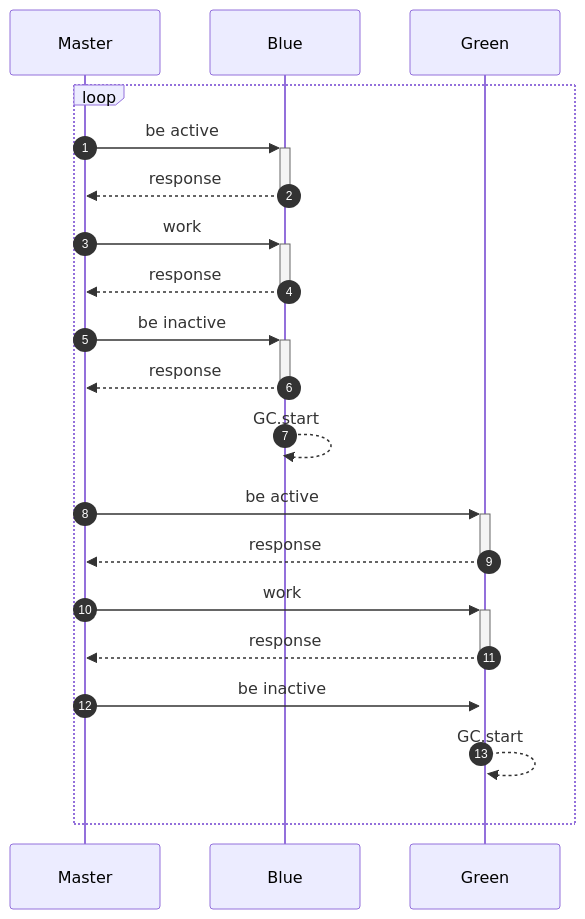
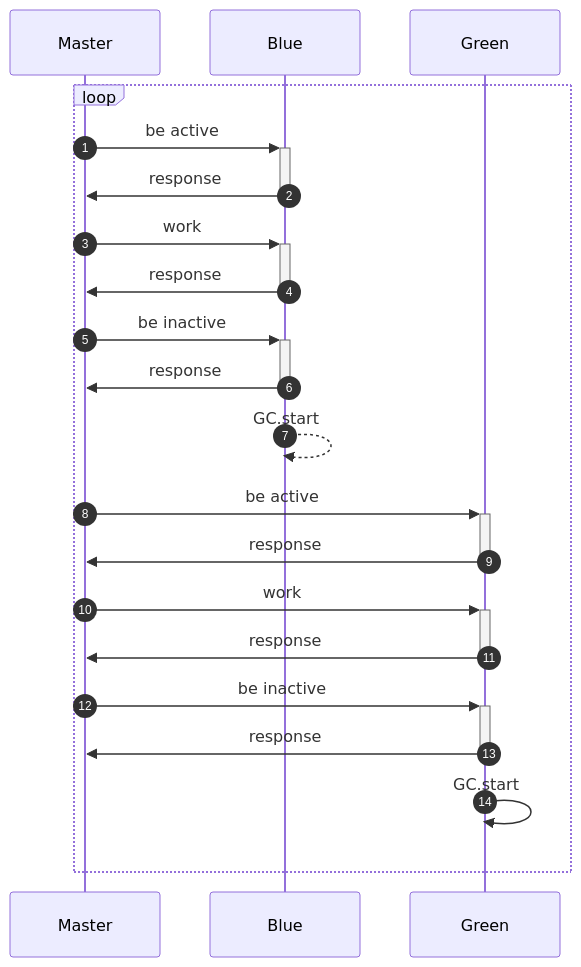
One commit to splaplapla/blue_green_process changed the diagram in README.md. Above: the diagram before and after it, drawn with Mermaid.

````diff
--- a/README.md
+++ b/README.md
@@ -5,20 +5,21 @@
 ```mermaid
 sequenceDiagram
   autonumber
   loop
   Master->>+Blue: be active
-  Blue-->>-Master: response
+  Blue->>-Master: response
   Master->>+Blue: work
-  Blue-->>-Master: response
+  Blue->>-Master: response
   Master->>+Blue: be inactive
-  Blue-->>-Master: response
+  Blue->>-Master: response
   Blue-->>Blue: GC.start
   Master->>+Green: be active
-  Green-->>-Master: response
+  Green->>-Master: response
   Master->>+Green: work
-  Green-->>-Master: response
+  Green->>-Master: response
   Master->>+Green: be inactive
-  Green-->>Green: GC.start
+  Green->>-Master: response
+  Green->>Green: GC.start
 end
  
 ```
````
